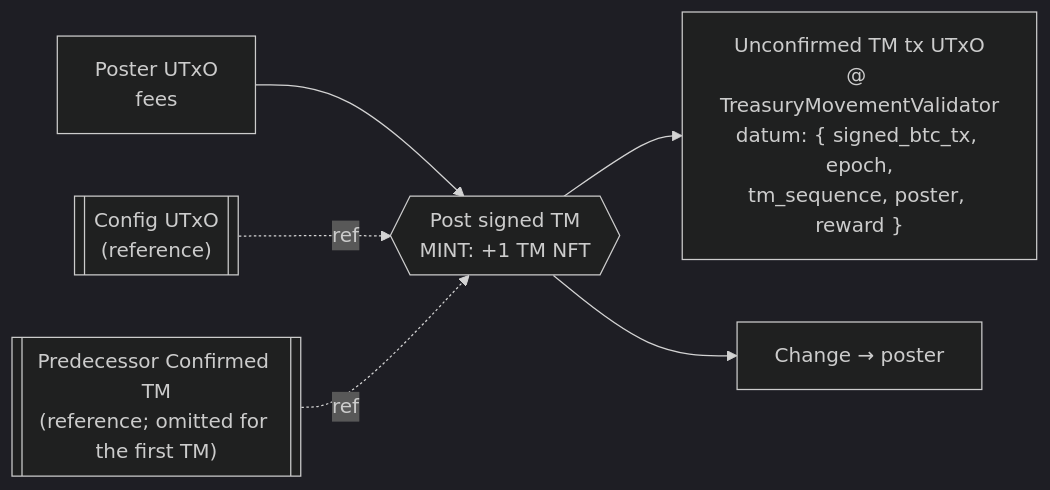
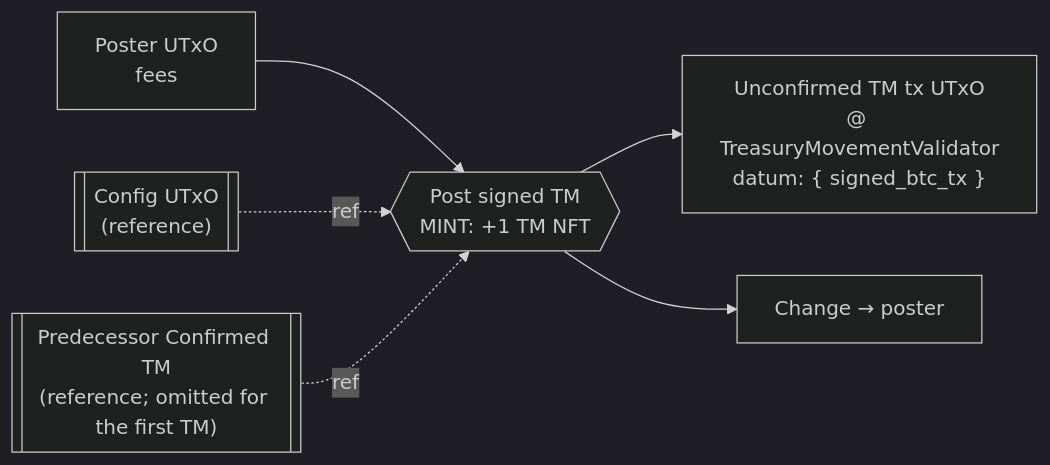
One commit to FluidTokens/ft-bifrost-bridge changed diagram 13 of 19 in documentation/technical_documentation.md. Above: the diagram before and after it, drawn with Mermaid (dark theme). The commit also changed other lines of this file and 2 other files, not shown here.

First line of the commit message:
docs: TM confirmed-chain treasury tracking + preprod migration runbook

````diff
--- a/documentation/technical_documentation.md
+++ b/documentation/technical_documentation.md
@@ -1558,8 +1560,8 @@
 ```mermaid
 flowchart LR
   poster["Poster UTxO<br/>fees"] --> tx{{"Post signed TM<br/>MINT: +1 TM NFT"}}
   cfg_ref[["Config UTxO<br/>(reference)"]] -. ref .-> tx
   prev_ref[["Predecessor Confirmed TM<br/>(reference; omitted for the first TM)"]] -. ref .-> tx
-  tx --> unconf["Unconfirmed TM tx UTxO<br/>@ TreasuryMovementValidator<br/>datum: { signed_btc_tx, epoch,<br/>tm_sequence, poster, reward }"]
+  tx --> unconf["Unconfirmed TM tx UTxO<br/>@ TreasuryMovementValidator<br/>datum: { signed_btc_tx }"]
   tx --> change["Change → poster"]
 ```
````
